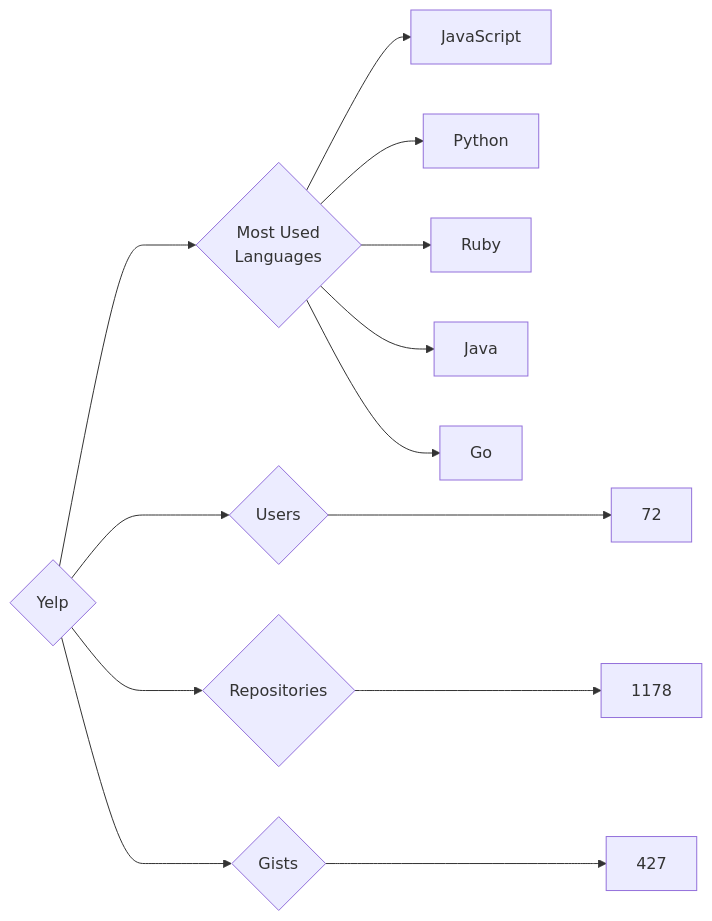
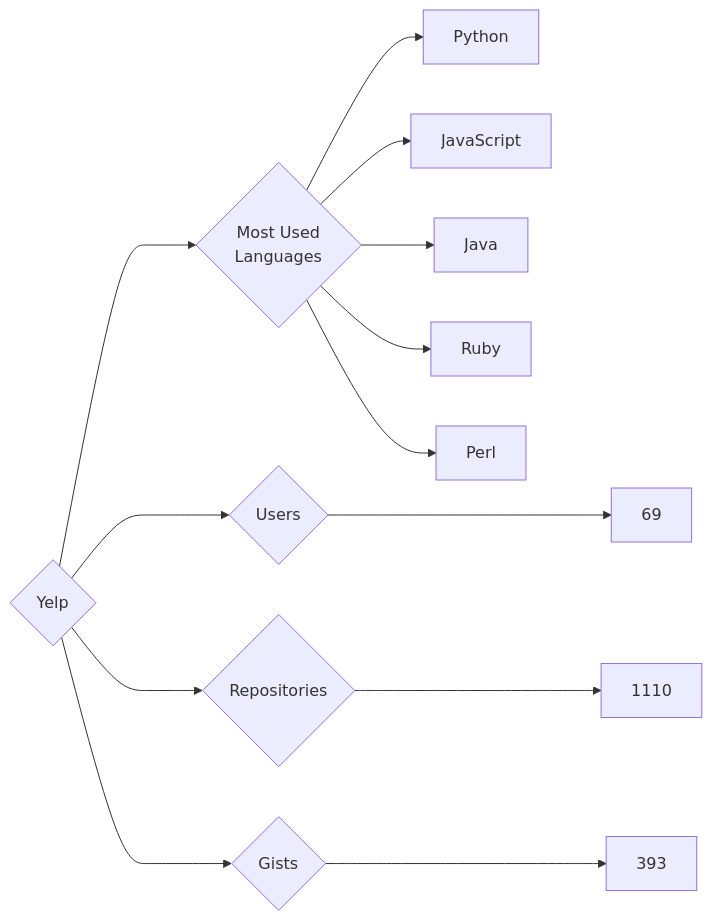
One commit to trickest/insiders changed the diagram in targets/Yelp/README.md. Above: the diagram before and after it, drawn with Mermaid. The commit also changed 939 other files, not shown here.

````diff
--- a/targets/Yelp/README.md
+++ b/targets/Yelp/README.md
@@ -3,13 +3,13 @@
 ```mermaid
 graph LR
 COMPANY_NAME{Yelp}
-COMPANY_NAME ---> U{Users} ---> UN[72]
-COMPANY_NAME ---> R{Repositories} ---> RN[1178]
-COMPANY_NAME ---> G{Gists} ---> GN[427]
+COMPANY_NAME ---> U{Users} ---> UN[69]
+COMPANY_NAME ---> R{Repositories} ---> RN[1110]
+COMPANY_NAME ---> G{Gists} ---> GN[393]
 COMPANY_NAME ---> ML{Most Used<br>Languages}
+ML --> Python[Python]
 ML --> JavaScript[JavaScript]
-ML --> Python[Python]
+ML --> Java[Java]
 ML --> Ruby[Ruby]
-ML --> Java[Java]
-ML --> Go[Go]
+ML --> Perl[Perl]
 ```
````
